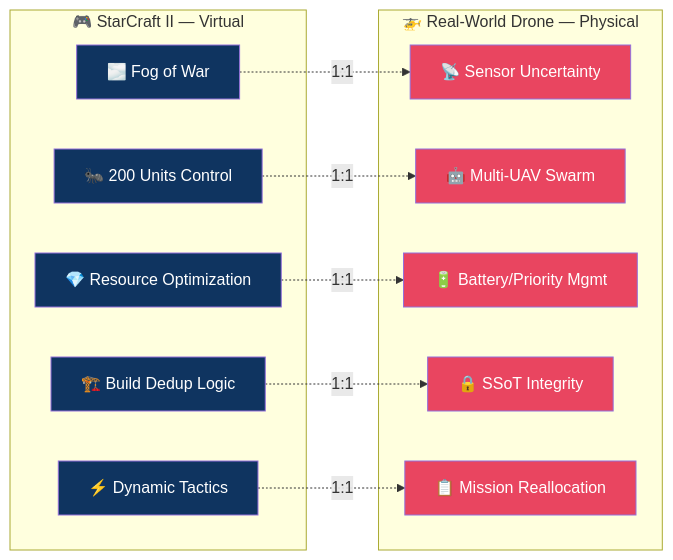
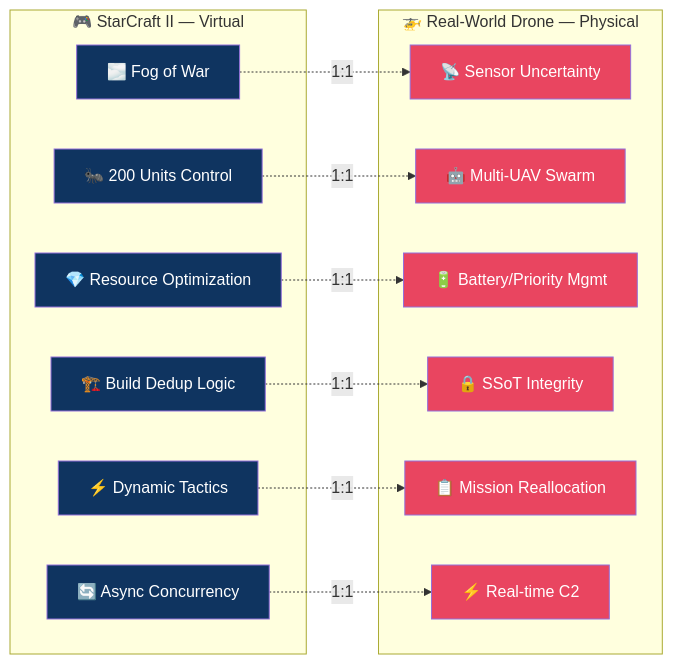
Before and after one commit to sun475300-sudo/Swarm-control-in-sc2bot: the second of 29 diagrams in README.md, drawn with Mermaid. The commit also changed other lines of this file and 9 other files, not shown here.

````diff
--- a/README.md
+++ b/README.md
@@ -87,35 +92,40 @@
 ```mermaid
 graph LR
     subgraph "🎮 StarCraft II — Virtual"
         A1["🌫️ Fog of War"]
         A2["🐜 200 Units Control"]
         A3["💎 Resource Optimization"]
         A4["🏗️ Build Dedup Logic"]
         A5["⚡ Dynamic Tactics"]
+        A6["🔄 Async Concurrency"]
     end
 
     subgraph "🚁 Real-World Drone — Physical"
         B1["📡 Sensor Uncertainty"]
         B2["🤖 Multi-UAV Swarm"]
         B3["🔋 Battery/Priority Mgmt"]
         B4["🔒 SSoT Integrity"]
         B5["📋 Mission Reallocation"]
+        B6["⚡ Real-time C2"]
     end
 
     A1 -.->|"1:1"| B1
     A2 -.->|"1:1"| B2
     A3 -.->|"1:1"| B3
     A4 -.->|"1:1"| B4
     A5 -.->|"1:1"| B5
+    A6 -.->|"1:1"| B6
 
     style A1 fill:#0f3460,color:#fff
     style A2 fill:#0f3460,color:#fff
     style A3 fill:#0f3460,color:#fff
     style A4 fill:#0f3460,color:#fff
     style A5 fill:#0f3460,color:#fff
+    style A6 fill:#0f3460,color:#fff
     style B1 fill:#e94560,color:#fff
     style B2 fill:#e94560,color:#fff
     style B3 fill:#e94560,color:#fff
     style B4 fill:#e94560,color:#fff
     style B5 fill:#e94560,color:#fff
+    style B6 fill:#e94560,color:#fff
 ```
````
